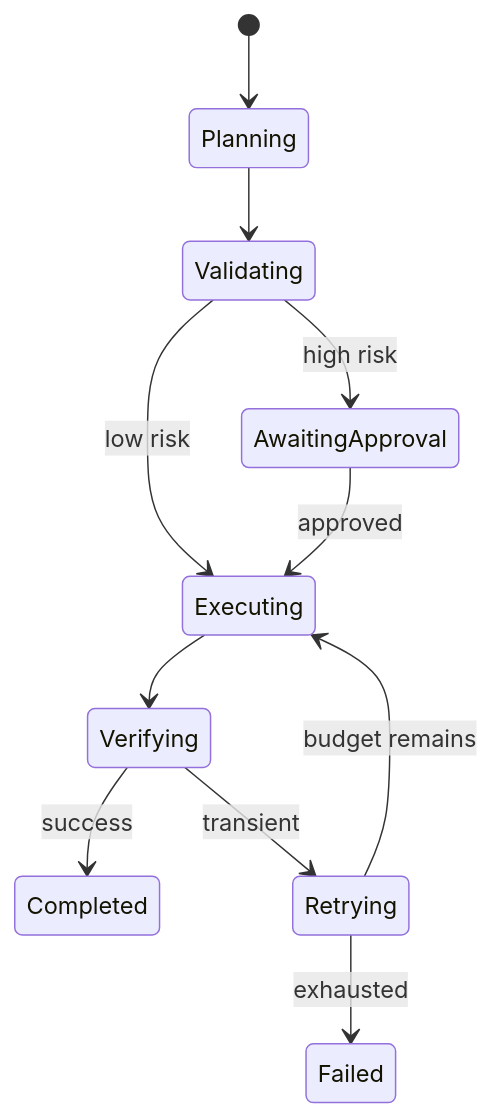
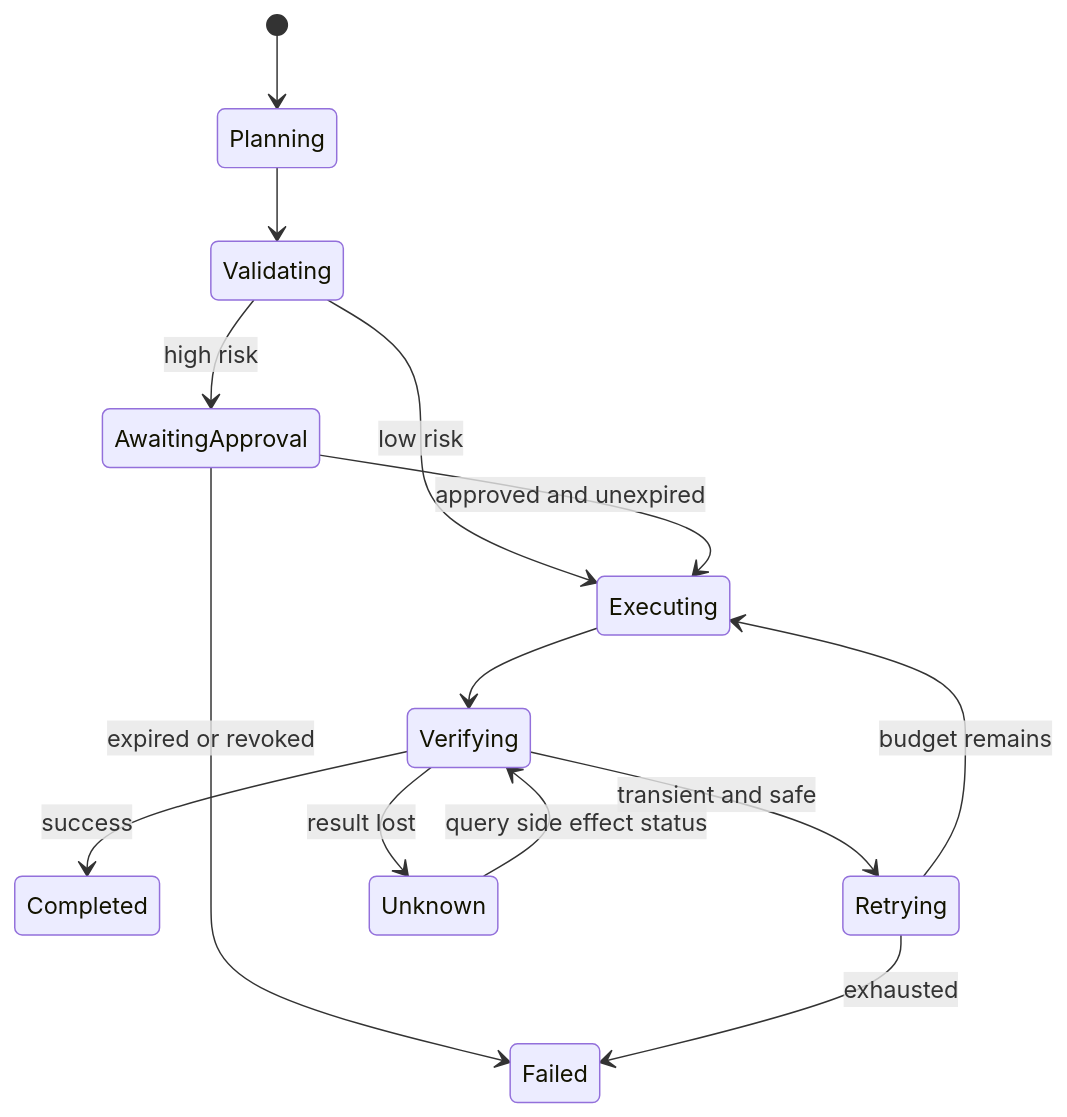
The diagram in apps/api/src/main/resources/content/ai-08-reliable-agent-workflow.md (hyeongseoblim/systemdesign), drawn with Mermaid before and after one commit. The commit also changed other lines of this file and 96 other files, not shown here.

````diff
--- a/apps/api/src/main/resources/content/ai-08-reliable-agent-workflow.md
+++ b/apps/api/src/main/resources/content/ai-08-reliable-agent-workflow.md
@@ -24,13 +24,16 @@
 ```mermaid
 stateDiagram-v2
     [*] --> Planning
     Planning --> Validating
     Validating --> AwaitingApproval: high risk
     Validating --> Executing: low risk
-    AwaitingApproval --> Executing: approved
+    AwaitingApproval --> Executing: approved and unexpired
+    AwaitingApproval --> Failed: expired or revoked
     Executing --> Verifying
     Verifying --> Completed: success
-    Verifying --> Retrying: transient
+    Verifying --> Retrying: transient and safe
+    Verifying --> Unknown: result lost
+    Unknown --> Verifying: query side effect status
     Retrying --> Executing: budget remains
     Retrying --> Failed: exhausted
 ```
````
